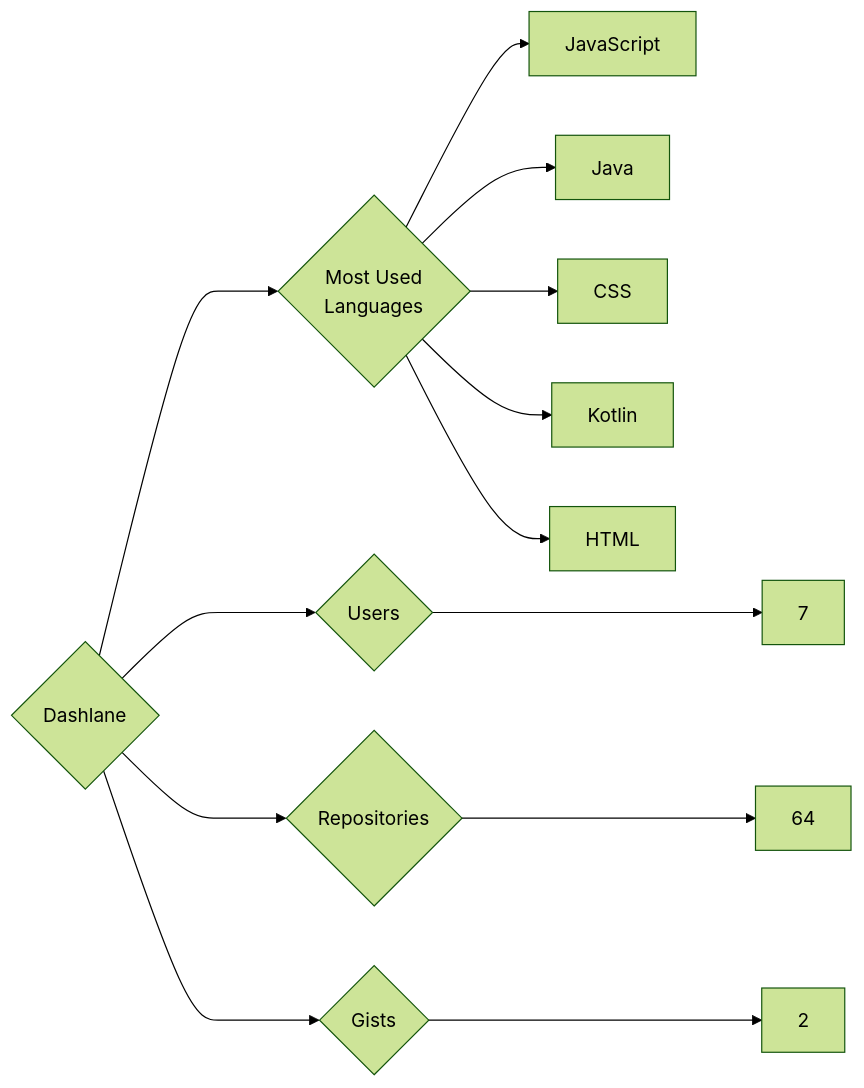
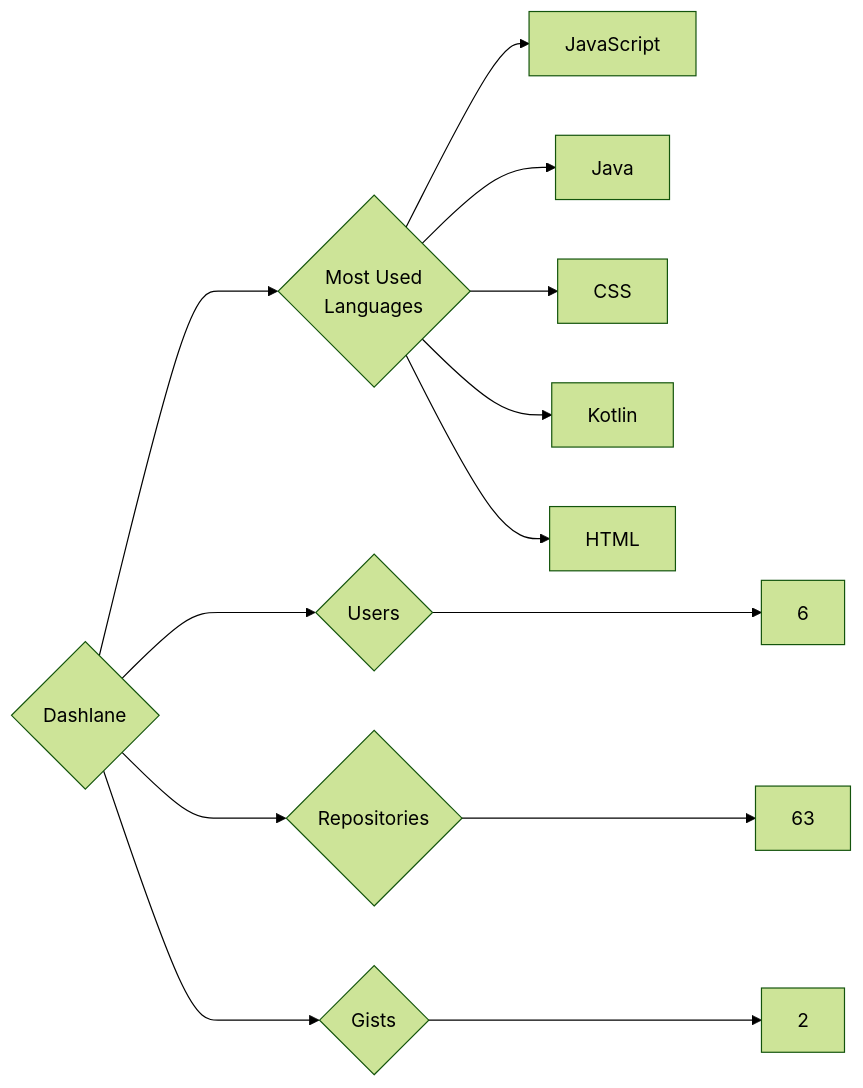
The diagram in targets/Dashlane/README.md (trickest/insiders), drawn with Mermaid (forest theme) before and after one commit. The commit also changed 880 other files, not shown here.

````diff
--- a/targets/Dashlane/README.md
+++ b/targets/Dashlane/README.md
@@ -3,13 +3,13 @@
 ```mermaid
 graph LR
 COMPANY_NAME{Dashlane}
-COMPANY_NAME ---> U{Users} ---> UN[7]
-COMPANY_NAME ---> R{Repositories} ---> RN[64]
+COMPANY_NAME ---> U{Users} ---> UN[6]
+COMPANY_NAME ---> R{Repositories} ---> RN[63]
 COMPANY_NAME ---> G{Gists} ---> GN[2]
 COMPANY_NAME ---> ML{Most Used<br>Languages}
 ML --> JavaScript[JavaScript]
 ML --> Java[Java]
 ML --> CSS[CSS]
 ML --> Kotlin[Kotlin]
 ML --> HTML[HTML]
 ```
````
